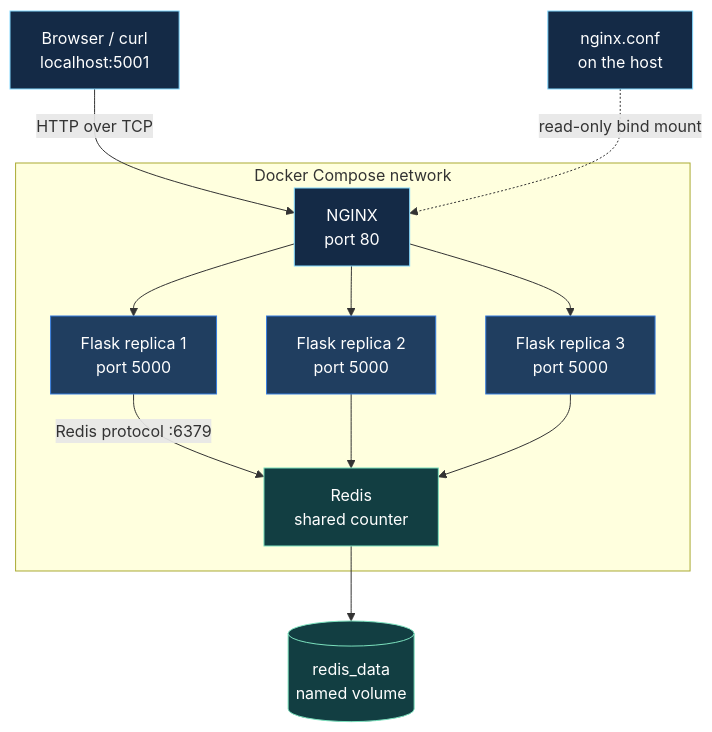
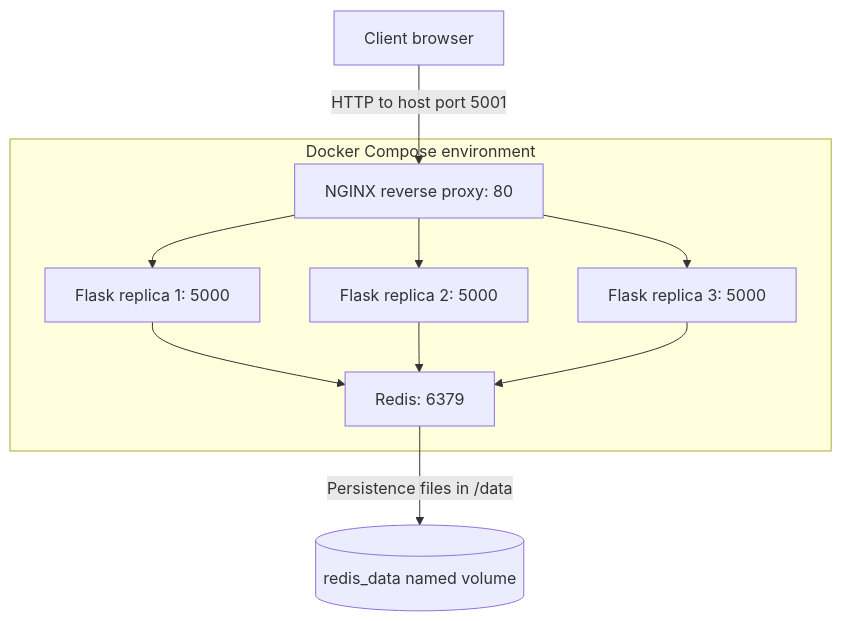
One commit to muhayadindev-dev/DevOps_Learning- changed the diagram in docker/README.md. Above: the diagram before and after it, drawn with Mermaid. The commit also changed other lines of this file, not shown here.

Commit message:
docs(docker): refine README structure, architecture and technical explanations

````diff
--- a/docker/README.md
+++ b/docker/README.md
@@ -38,24 +29,23 @@
 ```mermaid
 flowchart TB
-    Client["Browser / curl<br/>localhost:5001"] -->|"HTTP over TCP"| Proxy
+    Browser["Client browser"]
 
-    subgraph Compose["Docker Compose network"]
-        Proxy["NGINX<br/>port 80"]
-        Proxy --> Flask1["Flask replica 1<br/>port 5000"]
-        Proxy --> Flask2["Flask replica 2<br/>port 5000"]
-        Proxy --> Flask3["Flask replica 3<br/>port 5000"]
-        Flask1 -->|"Redis protocol :6379"| Redis["Redis<br/>shared counter"]
-        Flask2 --> Redis
-        Flask3 --> Redis
+    subgraph Compose["Docker Compose environment"]
+        Nginx["NGINX reverse proxy: 80"]
+        F1["Flask replica 1: 5000"]
+        F2["Flask replica 2: 5000"]
+        F3["Flask replica 3: 5000"]
+        Redis["Redis: 6379"]
     end
 
-    Redis --> Volume[("redis_data<br/>named volume")]
-    Config["nginx.conf<br/>on the host"] -.->|"read-only bind mount"| Proxy
+    Storage[("redis_data named volume")]
 
-    classDef edge fill:#142a46,stroke:#83d9ff,color:#ffffff
-    classDef app fill:#203e60,stroke:#377dde,color:#ffffff
-    classDef data fill:#123e42,stroke:#7ce1be,color:#ffffff
-    class Client,Proxy,Config edge
-    class Flask1,Flask2,Flask3 app
-    class Redis,Volume data
+    Browser -->|"HTTP to host port 5001"| Nginx
+    Nginx --> F1
+    Nginx --> F2
+    Nginx --> F3
+    F1 --> Redis
+    F2 --> Redis
+    F3 --> Redis
+    Redis -->|"Persistence files in /data"| Storage
 ```
````
